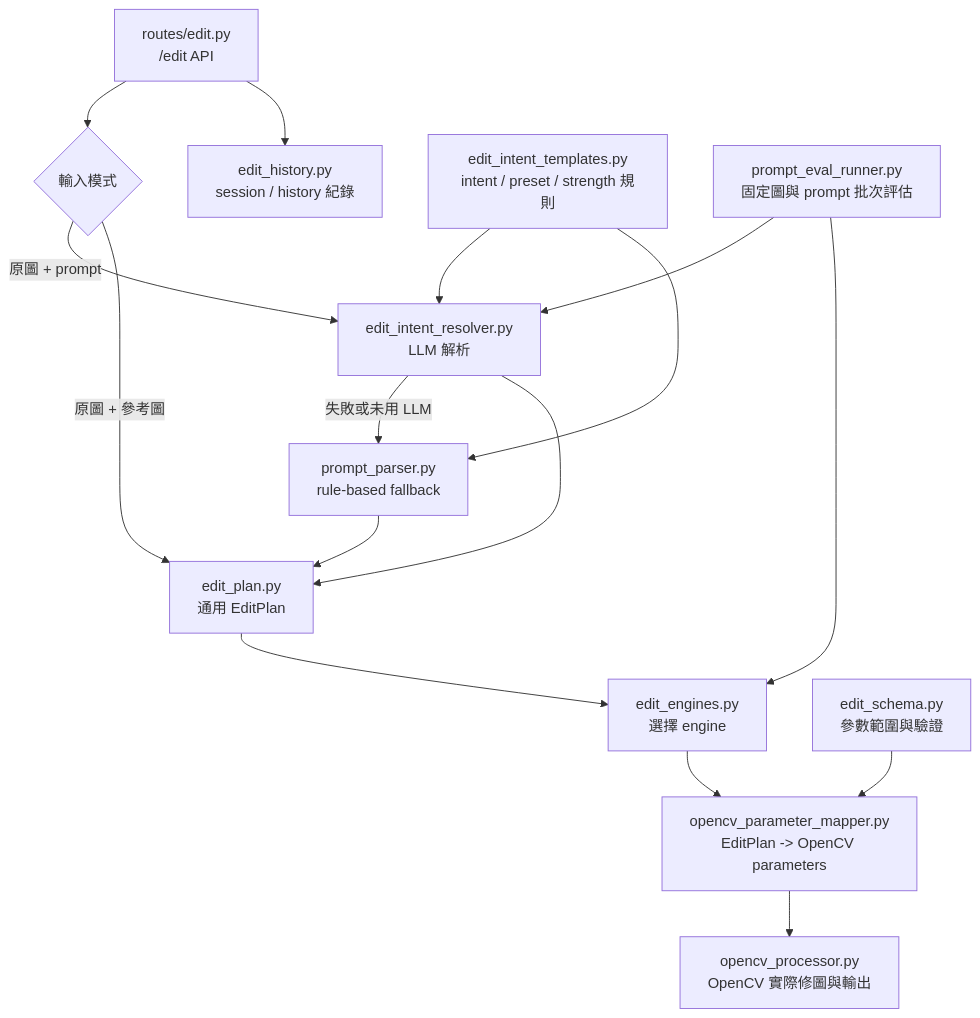
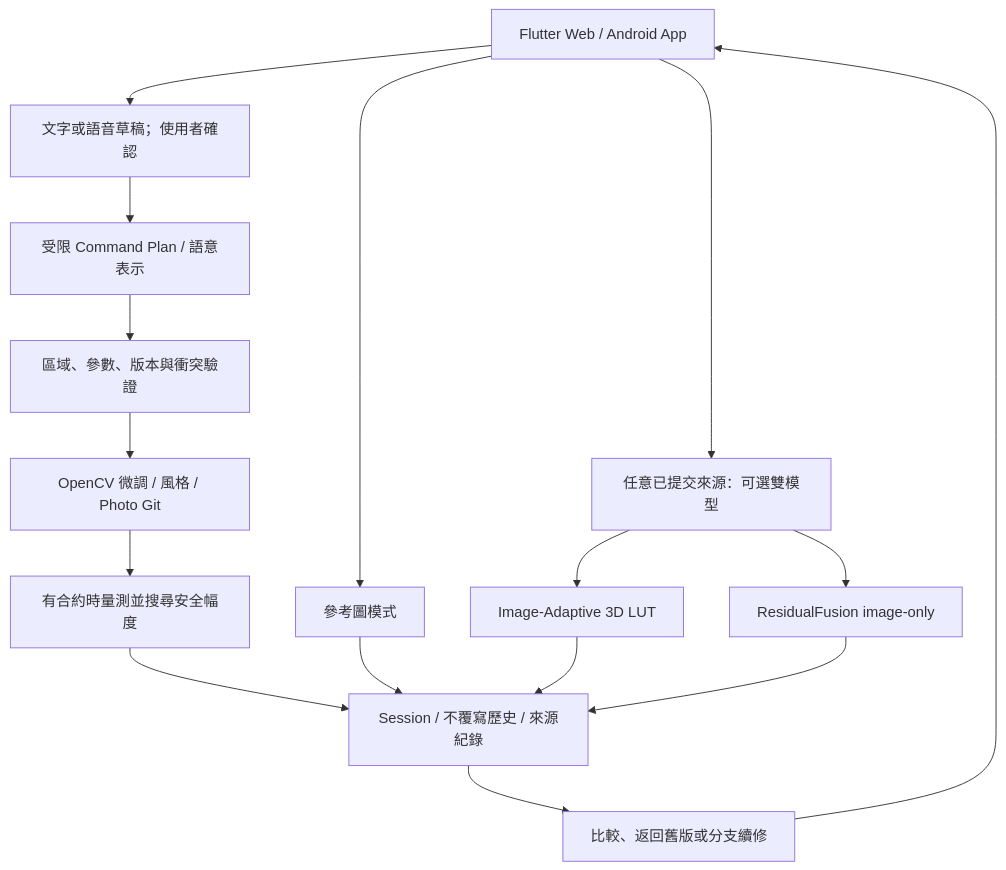
One commit to WeiChen80percent/AI_photo_editor changed the diagram in readme.md. Above: the diagram before and after it, drawn with Mermaid. The commit also changed other lines of this file and 15 other files, not shown here.

````diff
--- a/readme.md
+++ b/readme.md
@@ -175,18 +120,18 @@
 ```mermaid
 flowchart TD
-  A["routes/edit.py\n/edit API"] --> B{"輸入模式"}
-  B -->|"原圖 + prompt"| C["edit_intent_resolver.py\nLLM 解析"]
-  C -->|"失敗或未用 LLM"| D["prompt_parser.py\nrule-based fallback"]
-  C --> E["edit_plan.py\n通用 EditPlan"]
-  D --> E
-  B -->|"原圖 + 參考圖"| E
-  E --> F["edit_engines.py\n選擇 engine"]
-  F --> G["opencv_parameter_mapper.py\nEditPlan -> OpenCV parameters"]
-  G --> H["opencv_processor.py\nOpenCV 實際修圖與輸出"]
-  A --> I["edit_history.py\nsession / history 紀錄"]
-  J["edit_intent_templates.py\nintent / preset / strength 規則"] --> C
-  J --> D
-  K["edit_schema.py\n參數範圍與驗證"] --> G
-  L["prompt_eval_runner.py\n固定圖與 prompt 批次評估"] --> C
-  L --> F
+    UI["Flutter Web / Android App"] --> INPUT["文字或語音草稿；使用者確認"]
+    INPUT --> PLAN["受限 Command Plan / 語意表示"]
+    PLAN --> CHECK["區域、參數、版本與衝突驗證"]
+    CHECK --> EDIT["OpenCV 微調 / 風格 / Photo Git"]
+    EDIT --> CONTRACT["有合約時量測並搜尋安全幅度"]
+    UI --> REF["參考圖模式"]
+    UI --> AUTO["任意已提交來源：可選雙模型"]
+    AUTO --> LUT["Image-Adaptive 3D LUT"]
+    AUTO --> RF["ResidualFusion image-only"]
+    CONTRACT --> HISTORY["Session / 不覆寫歷史 / 來源紀錄"]
+    REF --> HISTORY
+    LUT --> HISTORY
+    RF --> HISTORY
+    HISTORY --> NEXT["比較、返回舊版或分支續修"]
+    NEXT --> UI
 ```
````
